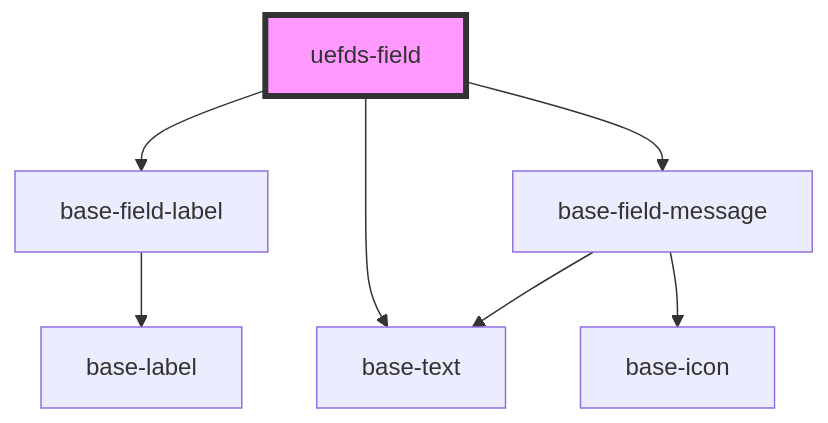
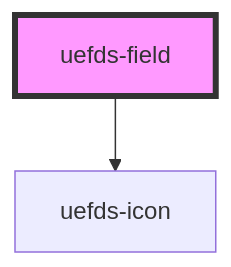
One commit to roboncode/stencil-starter-monorepo changed the diagram in packages/components/core-next/src/components/uefds-field/readme.md. Above: the diagram before and after it, drawn with Mermaid. The commit also changed other lines of this file and 49 other files, not shown here.

````diff
--- a/packages/components/core-next/src/components/uefds-field/readme.md
+++ b/packages/components/core-next/src/components/uefds-field/readme.md
@@ -28,10 +26,5 @@
 ```mermaid
 graph TD;
-  uefds-field --> base-field-label
-  uefds-field --> base-text
-  uefds-field --> base-field-message
-  base-field-label --> base-label
-  base-field-message --> base-icon
-  base-field-message --> base-text
+  uefds-field --> uefds-icon
   style uefds-field fill:#f9f,stroke:#333,stroke-width:4px
 ```
````
